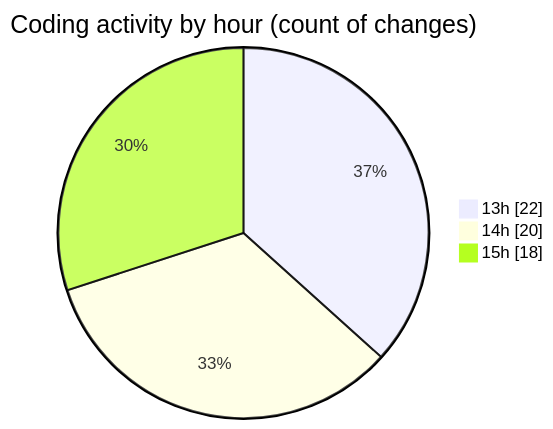
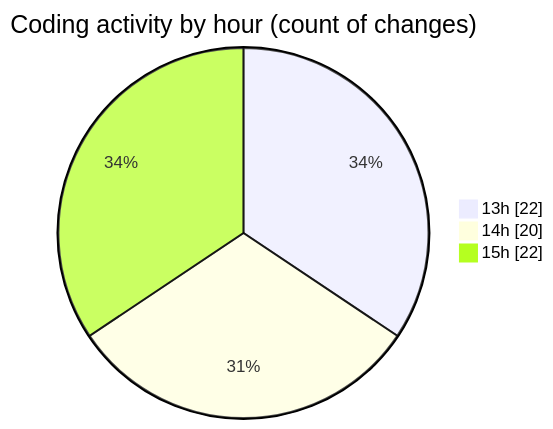
The second of 2 diagrams in 2025-02-24/drivers_app/README.md (donsfak/code-tracking), drawn with Mermaid before and after one commit. The commit also changed other lines of this file and 1 other file, not shown here.

````diff
--- a/2025-02-24/drivers_app/README.md
+++ b/2025-02-24/drivers_app/README.md
@@ -38,7 +39,7 @@
 ```mermaid
 pie showData
 title Coding activity by hour (count of changes)
 "13h" : 22
 "14h" : 20
-"15h" : 18
+"15h" : 22
 ```
````
